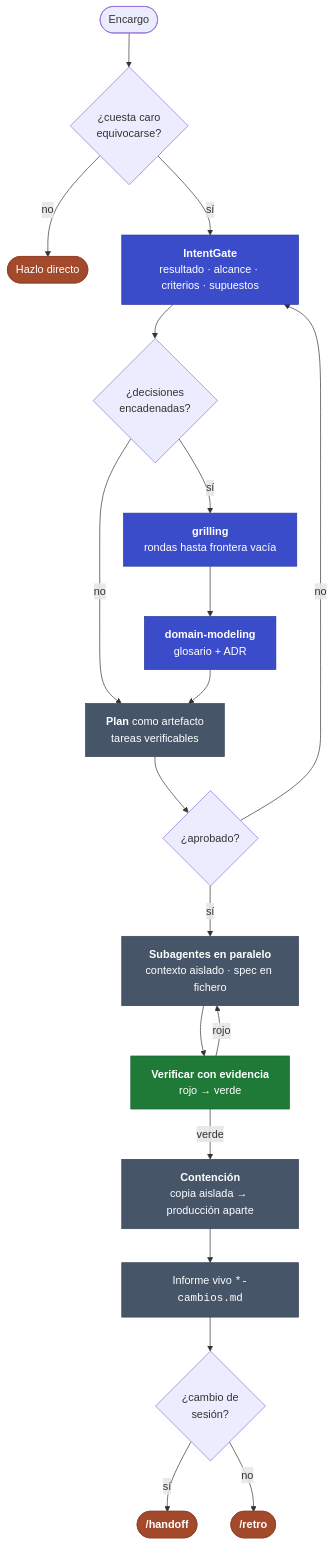
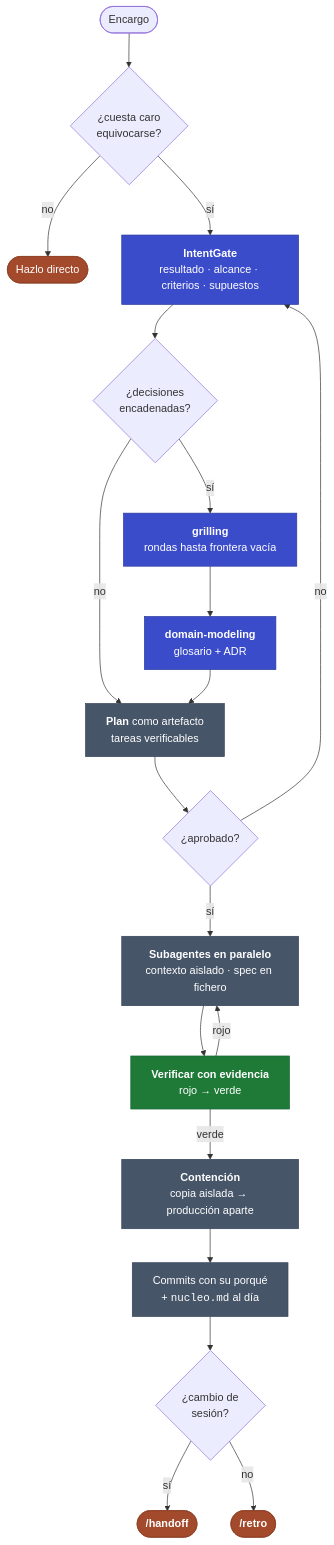
The diagram in kit/docs/12-metodologia.md (manuelcozar55/setup-claude-code), drawn with Mermaid before and after one commit. The commit also changed other lines of this file and 21 other files, not shown here.

````diff
--- a/kit/docs/12-metodologia.md
+++ b/kit/docs/12-metodologia.md
@@ -8,30 +8,30 @@
 ```mermaid
 flowchart TD
     E(["Encargo"]) --> R{"¿cuesta caro<br/>equivocarse?"}
     R -->|"no"| D(["Hazlo directo"])
     R -->|"sí"| IG["<b>IntentGate</b><br/>resultado · alcance · criterios · supuestos"]
     IG --> GR{"¿decisiones<br/>encadenadas?"}
     GR -->|"sí"| GL["<b>grilling</b><br/>rondas hasta frontera vacía"]
     GL --> DM["<b>domain-modeling</b><br/>glosario + ADR"]
     GR -->|"no"| PL
     DM --> PL["<b>Plan</b> como artefacto<br/>tareas verificables"]
     PL --> AP{"¿aprobado?"}
     AP -->|"no"| IG
     AP -->|"sí"| SA["<b>Subagentes en paralelo</b><br/>contexto aislado · spec en fichero"]
     SA --> VE["<b>Verificar con evidencia</b><br/>rojo → verde"]
     VE -->|"rojo"| SA
     VE -->|"verde"| CO["<b>Contención</b><br/>copia aislada → producción aparte"]
-    CO --> CL["Informe vivo <code>*-cambios.md</code>"]
+    CO --> CL["Commits con su porqué<br/>+ <code>nucleo.md</code> al día"]
     CL --> CI{"¿cambio de<br/>sesión?"}
     CI -->|"sí"| HO(["<b>/handoff</b>"])
     CI -->|"no"| RT(["<b>/retro</b>"])
 
     classDef puerta fill:#3B4CCA,stroke:#2A379B,color:#FFFFFF
     classDef paso fill:#475569,stroke:#334155,color:#FFFFFF
     classDef evid fill:#1F7A38,stroke:#166534,color:#FFFFFF
     classDef fin fill:#A34A2C,stroke:#8F4026,color:#FFFFFF
     class IG,GL,DM puerta
     class PL,SA,CO,CL paso
     class VE evid
     class HO,RT,D fin
 ```
````
